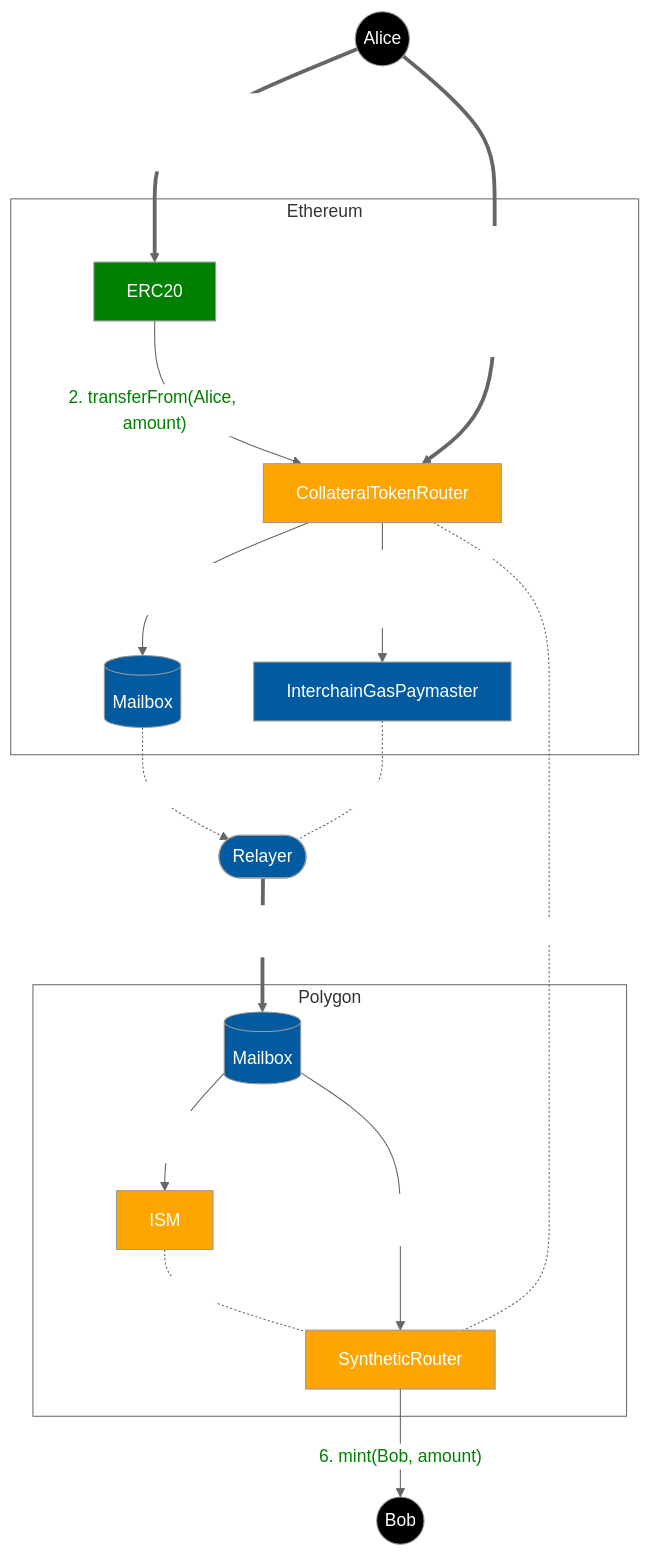
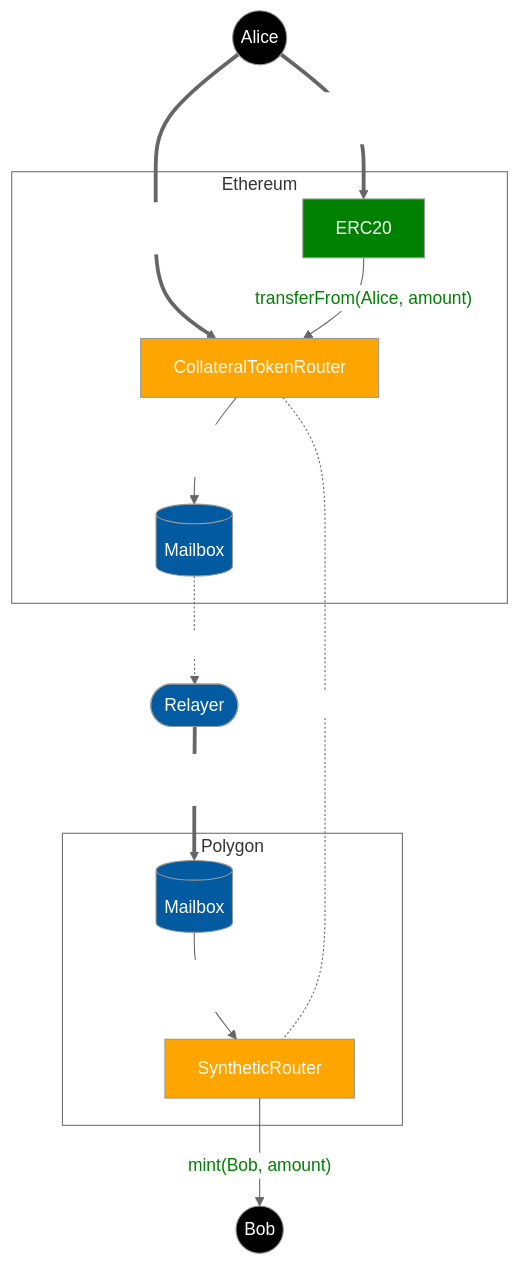
The third of 4 diagrams in README.md (hyperlane-xyz/hyperlane-token), drawn with Mermaid before and after one commit. The commit also changed other lines of this file, not shown here.

````diff
--- a/README.md
+++ b/README.md
@@ -112,56 +123,48 @@
 ```mermaid
 %%{ init: {
   "theme": "neutral",
   "themeVariables": {
     "mainBkg": "#025AA1",
     "textColor": "white",
     "clusterBkg": "white"
   },
   "themeCSS": ".edgeLabel { color: black }"
 }}%%
 
 graph TB
     Alice((Alice))
     Bob((Bob))
     style Alice fill:black
     style Bob fill:black
 
     Relayer([Relayer])
 
     subgraph "Ethereum"
         Token_E[ERC20]
         style Token_E fill:green
         HYP_E[CollateralTokenRouter]
-        IGP_E[InterchainGasPaymaster]
         style HYP_E fill:orange
         Mailbox_E[(Mailbox)]
     end
 
-    Alice == "0. approve(CollateralTokenRouter, infinity)" ==> Token_E
-    Alice == "1. transferRemote(Polygon, Bob, amount)\n{value: interchainGasPayment}" ==> HYP_E
-    Token_E -- "2. transferFrom(Alice, amount)" --> HYP_E
+    Alice == "approve(CollateralTokenRouter, infinity)" ==> Token_E
+    Alice == "transferRemote(Polygon, Bob, amount)" ==> HYP_E
+    Token_E -- "transferFrom(Alice, amount)" --> HYP_E
     linkStyle 2 color:green;
-    HYP_E -- "3. id = dispatch(Polygon, (Bob, amount))" --> Mailbox_E
-
-    HYP_E -- "4. payForGas(id)\n{value: interchainGasPayment}" --> IGP_E
-    IGP_E -. "paymaster" .- Relayer
+    HYP_E -- "dispatch(Polygon, (Bob, amount))" --> Mailbox_E
     
     subgraph "Polygon"
-        ISM_P[ISM]
-        style ISM_P fill:orange
         HYP_P[SyntheticRouter]
         style HYP_P fill:orange
         Mailbox_P[(Mailbox)]
     end
 
     Mailbox_E -. "indexing" .-> Relayer
 
-    Relayer == "4. process(Ethereum, (Bob, amount))" ==> Mailbox_P
-    Mailbox_P -- "4. verify(Ethereum, (Bob, amount))" --> ISM_P
-    Mailbox_P -- "5. handle(Ethereum, (Bob, amount))" --> HYP_P
+    Relayer == "process(Ethereum, (Bob, amount))" ==> Mailbox_P
+    Mailbox_P -- "handle(Ethereum, (Bob, amount))" --> HYP_P
 
     HYP_E -. "router" .- HYP_P
-    ISM_P -. "interchainSecurityModule" .- HYP_P
-    HYP_P -- "6. mint(Bob, amount)" --> Bob
-    linkStyle 12 color:green;
+    HYP_P -- "mint(Bob, amount)" --> Bob
+    linkStyle 8 color:green;
 ```
````
